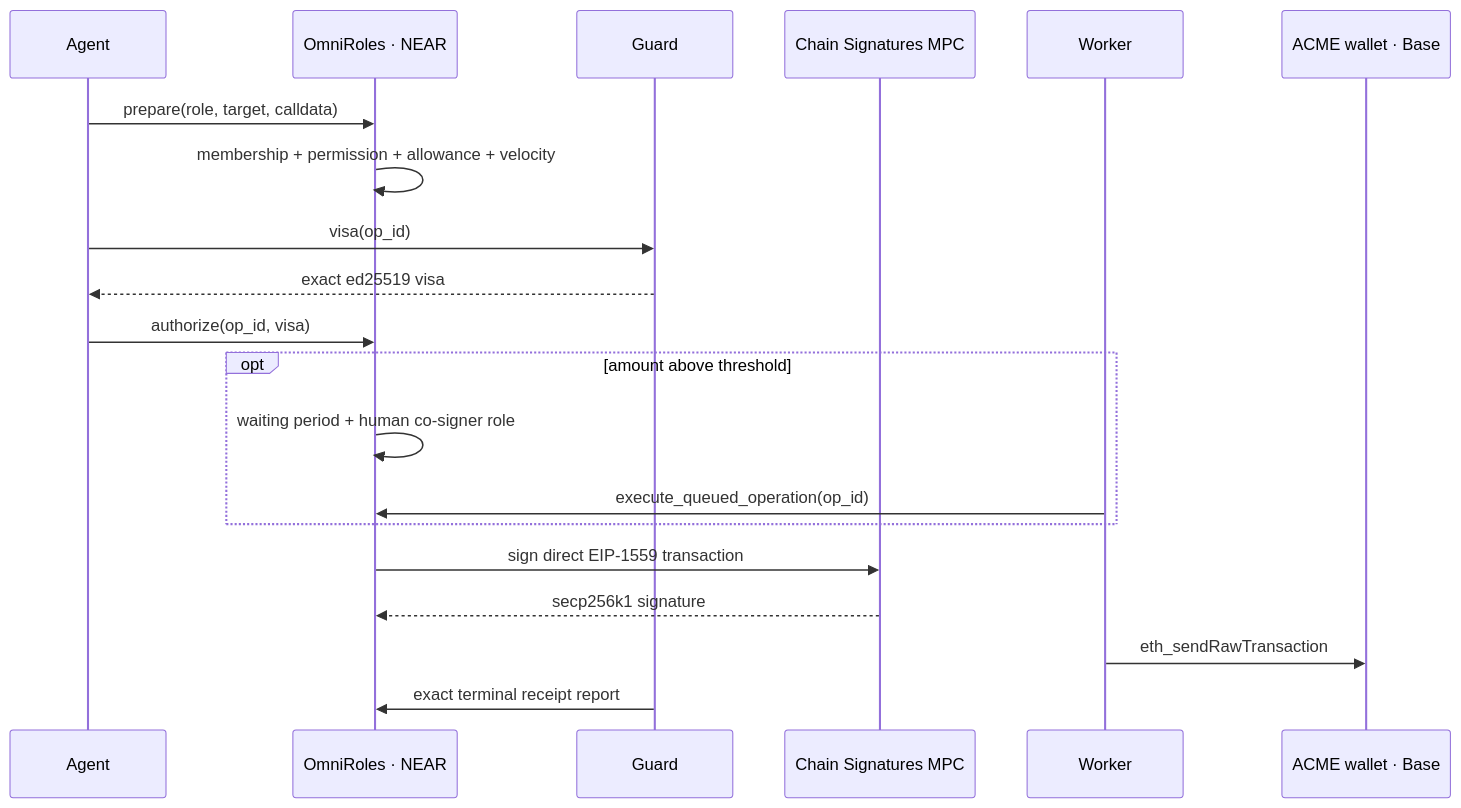
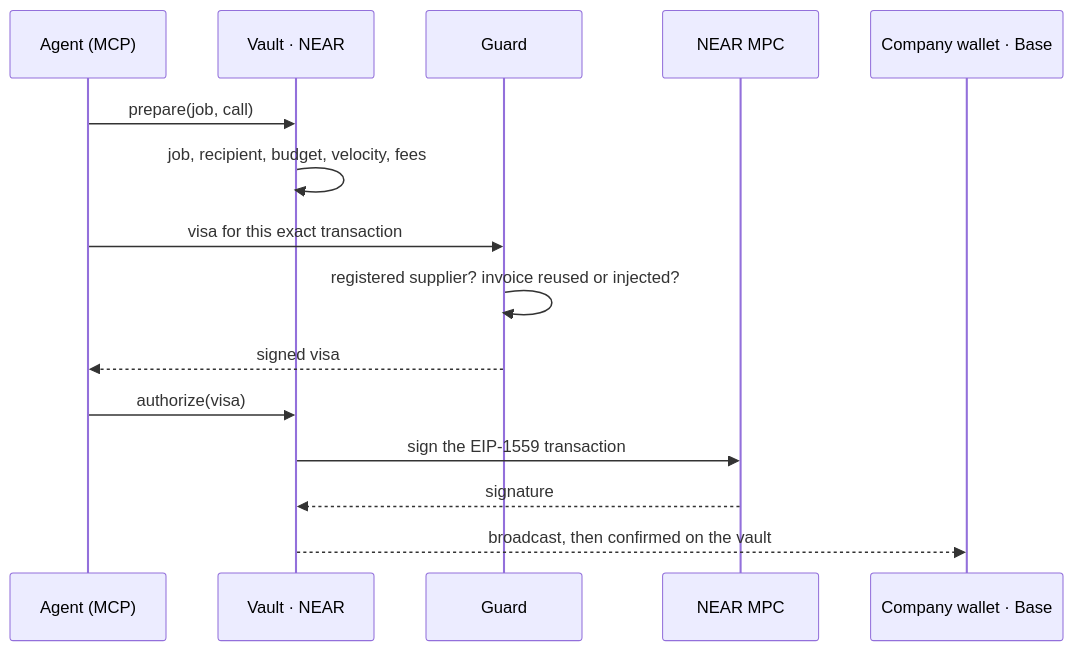
One commit to Euthyna-wallets/Euthyna changed the diagram in README.md. Above: the diagram before and after it, drawn with Mermaid. The commit also changed other lines of this file, not shown here.

First line of the commit message:
docs: README tells the AI company story

````diff
--- a/README.md
+++ b/README.md
@@ -31,23 +38,18 @@
 ```mermaid
 sequenceDiagram
-  participant A as Agent
-  participant O as OmniRoles · NEAR
+  participant A as Agent (MCP)
+  participant V as Vault · NEAR
   participant G as Guard
-  participant M as Chain Signatures MPC
-  participant W as Worker
-  participant B as ACME wallet · Base
+  participant M as NEAR MPC
+  participant B as Company wallet · Base
 
-  A->>O: prepare(role, target, calldata)
-  O->>O: membership + permission + allowance + velocity
-  A->>G: visa(op_id)
-  G-->>A: exact ed25519 visa
-  A->>O: authorize(op_id, visa)
-  opt amount above threshold
-    O->>O: waiting period + human co-signer role
-    W->>O: execute_queued_operation(op_id)
-  end
-  O->>M: sign direct EIP-1559 transaction
-  M-->>O: secp256k1 signature
-  W->>B: eth_sendRawTransaction
-  G->>O: exact terminal receipt report
+  A->>V: prepare(job, call)
+  V->>V: job, recipient, budget, velocity, fees
+  A->>G: visa for this exact transaction
+  G->>G: registered supplier? invoice reused or injected?
+  G-->>A: signed visa
+  A->>V: authorize(visa)
+  V->>M: sign the EIP-1559 transaction
+  M-->>V: signature
+  V-->>B: broadcast, then confirmed on the vault
 ```
````
